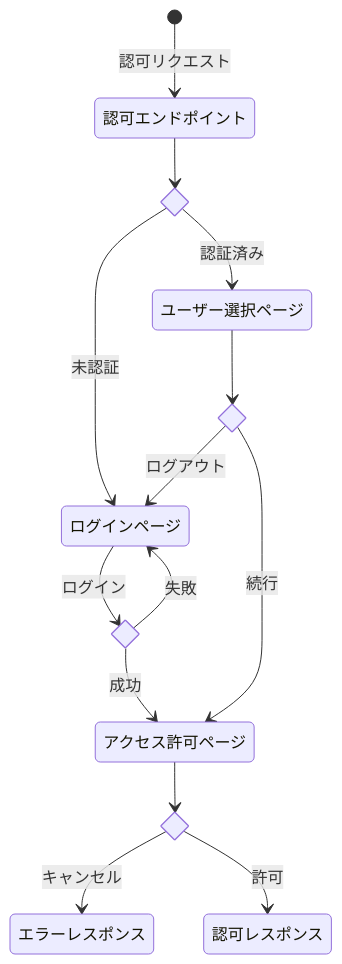
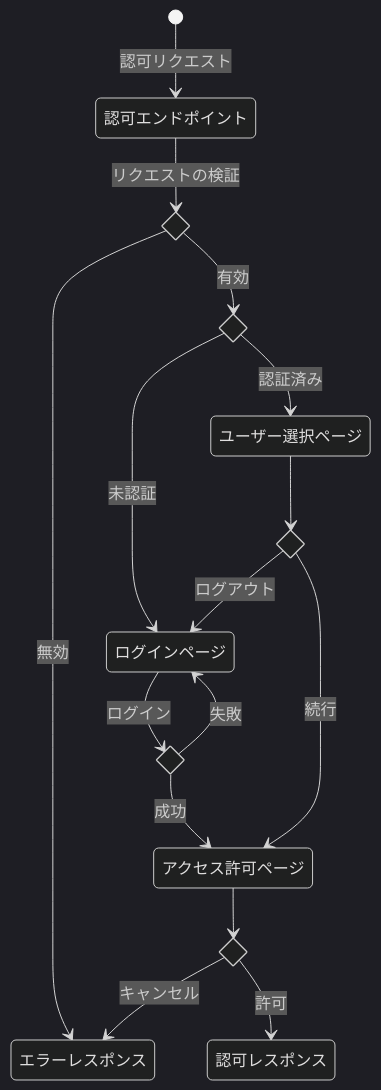
One commit to ssaito-git/sample-oauth2-az changed the diagram in docs/0_はじめに.md. Above: the diagram before and after it, drawn with Mermaid. The commit also changed 1 other file, not shown here.

Commit message:
ドキュメントの追加

````diff
--- a/docs/0_はじめに.md
+++ b/docs/0_はじめに.md
@@ -5,30 +5,36 @@
 ```mermaid
+%%{init{"theme":"dark"}}%%
 stateDiagram-v2
-    authz : 認可エンドポイント
+    authz_ep : 認可エンドポイント
     state if_logged_in <<choice>>
+    state validate_authz_request <<choice>>
     login_page : ログインページ
     consent_page : アクセス許可ページ
     user_selection_page : ユーザー選択ページ
     state user_select <<choice>>
     state login <<choice>>
     state consent <<choice>>
     error_response : エラーレスポンス
     authz_response : 認可レスポンス
 
-    [*] --> authz : 認可リクエスト
-    authz --> if_logged_in
+    [*] --> authz_ep : 認可リクエスト
+
+    authz_ep --> validate_authz_request : リクエストの検証
+    validate_authz_request --> error_response : 無効
+    validate_authz_request --> if_logged_in : 有効
+
     if_logged_in --> login_page : 未認証
     if_logged_in --> user_selection_page : 認証済み
 
     user_selection_page --> user_select
     user_select --> login_page : ログアウト
     user_select --> consent_page : 続行
 
     login_page --> login : ログイン
     login --> login_page : 失敗
     login --> consent_page : 成功
 
     consent_page --> consent
     consent --> error_response : キャンセル
     consent --> authz_response : 許可
 ```
````
